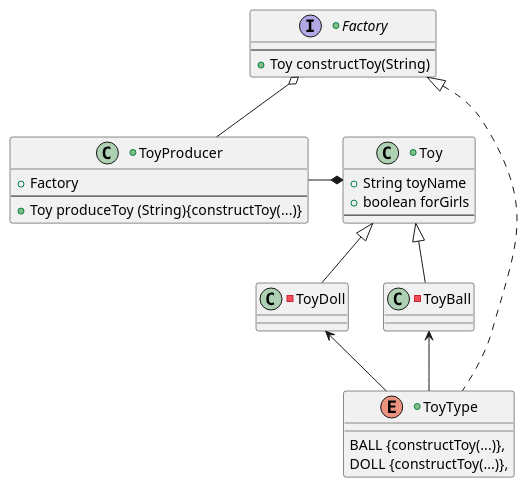
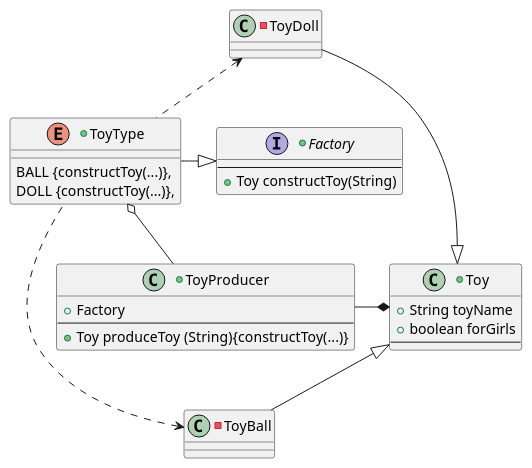
Before and after one commit to vitalispopoff/designPatterns: the diagram in src/factories/simpleFactory/implementation_03/uml/Factory_03.puml, drawn with PlantUML. The commit also changed 2 other files, not shown here.

```diff
--- a/src/factories/simpleFactory/implementation_03/uml/Factory_03.puml
+++ b/src/factories/simpleFactory/implementation_03/uml/Factory_03.puml
@@ -1,37 +1,38 @@
 @startuml
 
 +class ToyProducer{
         +{field} Factory
     --
         +{method} Toy produceToy (String){constructToy(...)}
 }
 
 +class Toy{
         +{field} String toyName
         +{field} boolean forGirls
     --
 }
 
 -class ToyBall extends Toy{
 }
 
 -class ToyDoll extends Toy{
 }
 
 +interface Factory{
     --
         +{method} Toy constructToy(String)
 }
 
-+enum ToyType implements Factory{
++enum ToyType{
 BALL {constructToy(...)},
 DOLL {constructToy(...)},
 }
 
 ToyProducer -right-* Toy
 
-ToyProducer -up-o Factory
-ToyType -up-> ToyBall
-ToyType -up-> ToyDoll
+ToyProducer -up-o ToyType
+ToyType -right-|> Factory
+ToyType .up.> ToyBall
+ToyType .up.> ToyDoll
 
 @enduml
```
